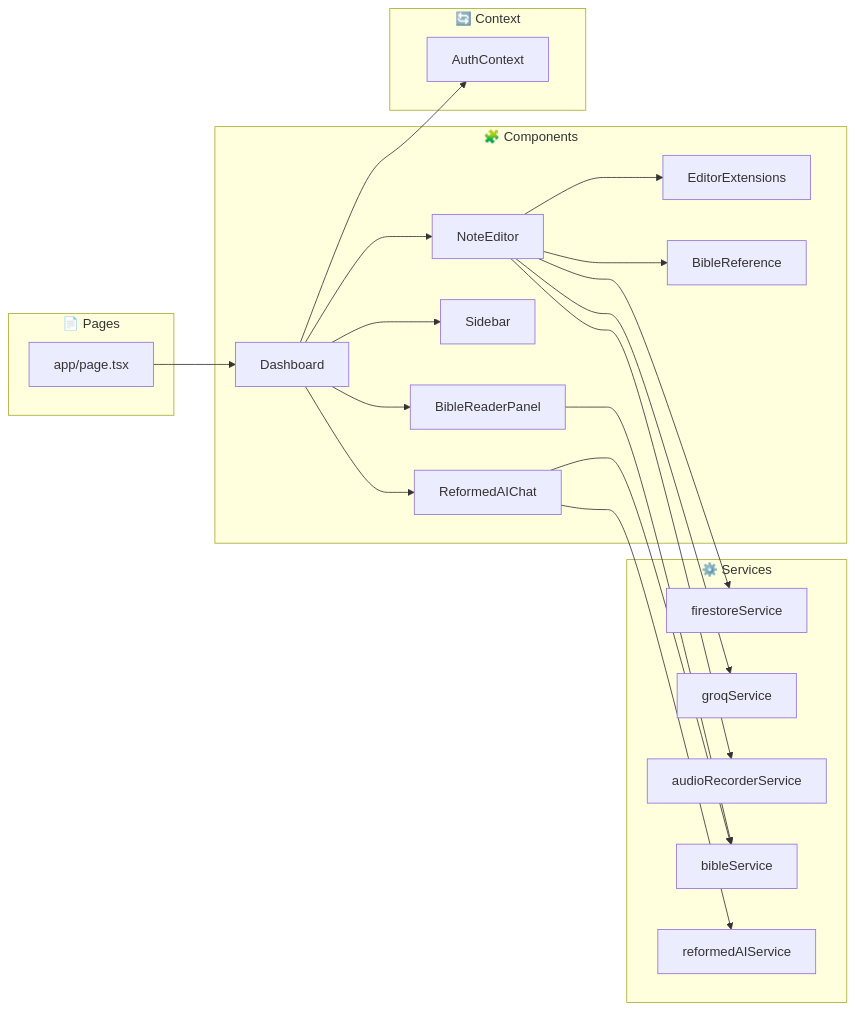
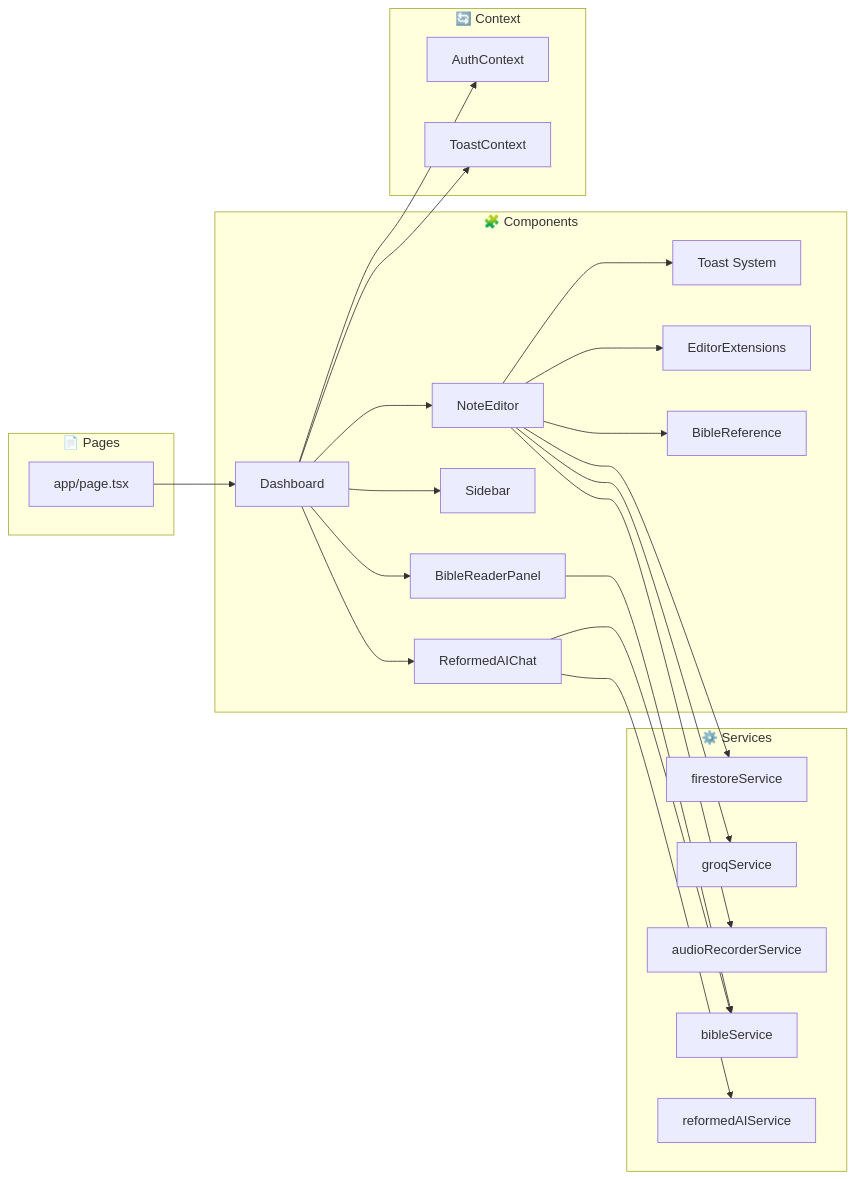
The third of 7 diagrams in TECHNICAL.md (nickigann03/word-flow-app), drawn with Mermaid before and after one commit. The commit also changed other lines of this file and 6 other files, not shown here.

````diff
--- a/TECHNICAL.md
+++ b/TECHNICAL.md
@@ -90,46 +98,50 @@
 ```mermaid
 graph LR
     subgraph Pages["📄 Pages"]
         App["app/page.tsx"]
     end
 
     subgraph Components["🧩 Components"]
         Dashboard
         NoteEditor
         Sidebar
         BibleReader["BibleReaderPanel"]
         AIChat["ReformedAIChat"]
+        Toast["Toast System"]
         Extensions["EditorExtensions"]
         BibleRef["BibleReference"]
     end
 
     subgraph Services["⚙️ Services"]
         FirestoreService["firestoreService"]
         GroqService["groqService"]
         AudioService["audioRecorderService"]
         BibleService["bibleService"]
         ReformedAI["reformedAIService"]
     end
 
     subgraph Context["🔄 Context"]
         AuthContext["AuthContext"]
+        ToastContext["ToastContext"]
     end
 
     App --> Dashboard
     Dashboard --> Sidebar
     Dashboard --> NoteEditor
     Dashboard --> BibleReader
     Dashboard --> AIChat
 
     NoteEditor --> Extensions
     NoteEditor --> BibleRef
     NoteEditor --> GroqService
     NoteEditor --> AudioService
     NoteEditor --> FirestoreService
+    NoteEditor --> Toast
 
     BibleReader --> BibleService
     AIChat --> ReformedAI
     AIChat --> BibleService
 
     Dashboard --> AuthContext
+    Dashboard --> ToastContext
 ```
````
